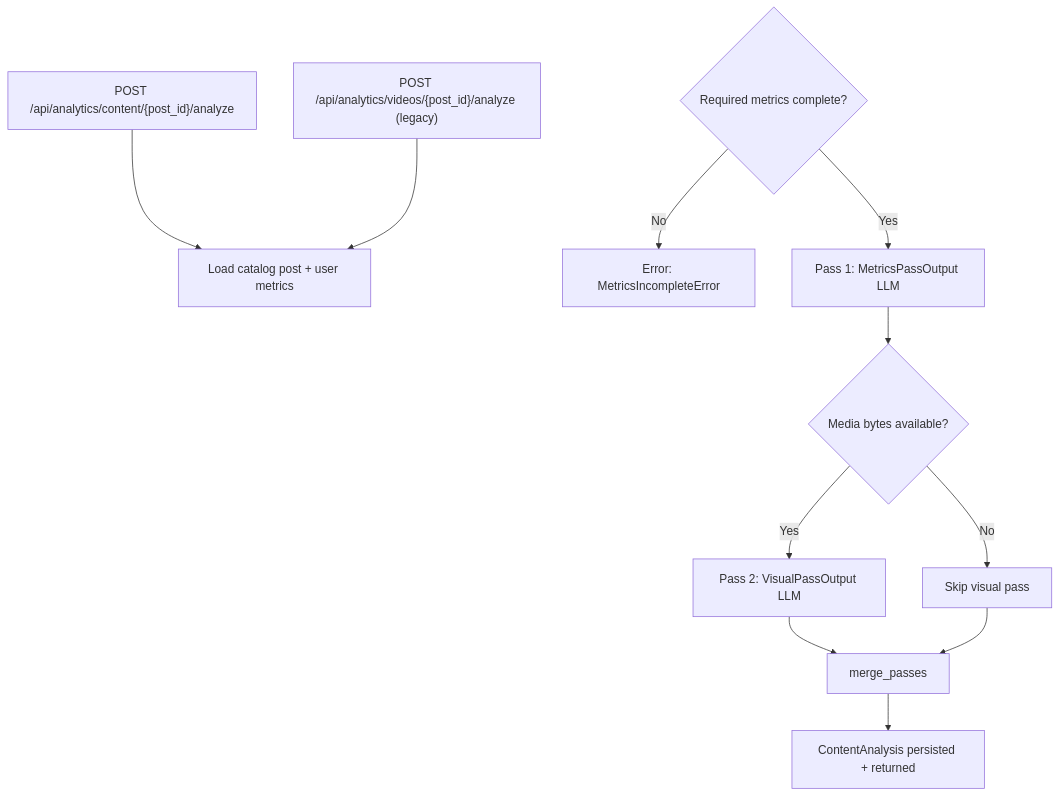
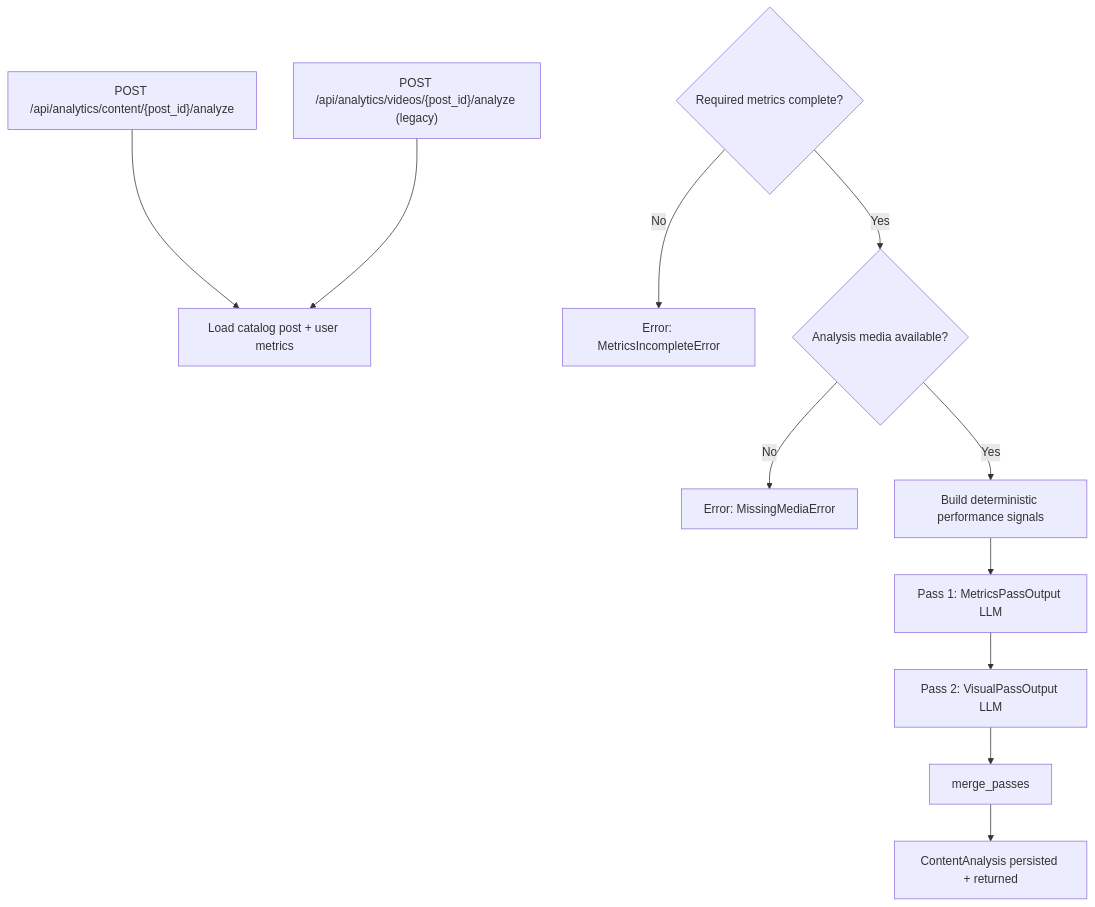
Before and after one commit to hfzdnnzl/lakarra-ai: the diagram in docs/agents/content-analytics-analysis.md, drawn with Mermaid. The commit also changed other lines of this file and 10 other files, not shown here.

````diff
--- a/docs/agents/content-analytics-analysis.md
+++ b/docs/agents/content-analytics-analysis.md
@@ -11,17 +17,17 @@
 ```mermaid
 flowchart TD
     A1["POST /api/analytics/content/{post_id}/analyze"]
     A2["POST /api/analytics/videos/{post_id}/analyze (legacy)"]
     B[Load catalog post + user metrics]
     C{Required metrics complete?}
     C -->|No| X[Error: MetricsIncompleteError]
-    C -->|Yes| D[Pass 1: MetricsPassOutput LLM]
-    D --> E{Media bytes available?}
-    E -->|Yes| F[Pass 2: VisualPassOutput LLM]
-    E -->|No| G[Skip visual pass]
-    F --> H[merge_passes]
-    G --> H
+    C -->|Yes| D{Analysis media available?}
+    D -->|No| Y[Error: MissingMediaError]
+    D -->|Yes| E[Build deterministic performance signals]
+    E --> F[Pass 1: MetricsPassOutput LLM]
+    F --> G[Pass 2: VisualPassOutput LLM]
+    G --> H[merge_passes]
     H --> I[ContentAnalysis persisted + returned]
     A1 --> B
     A2 --> B
 ```
````
